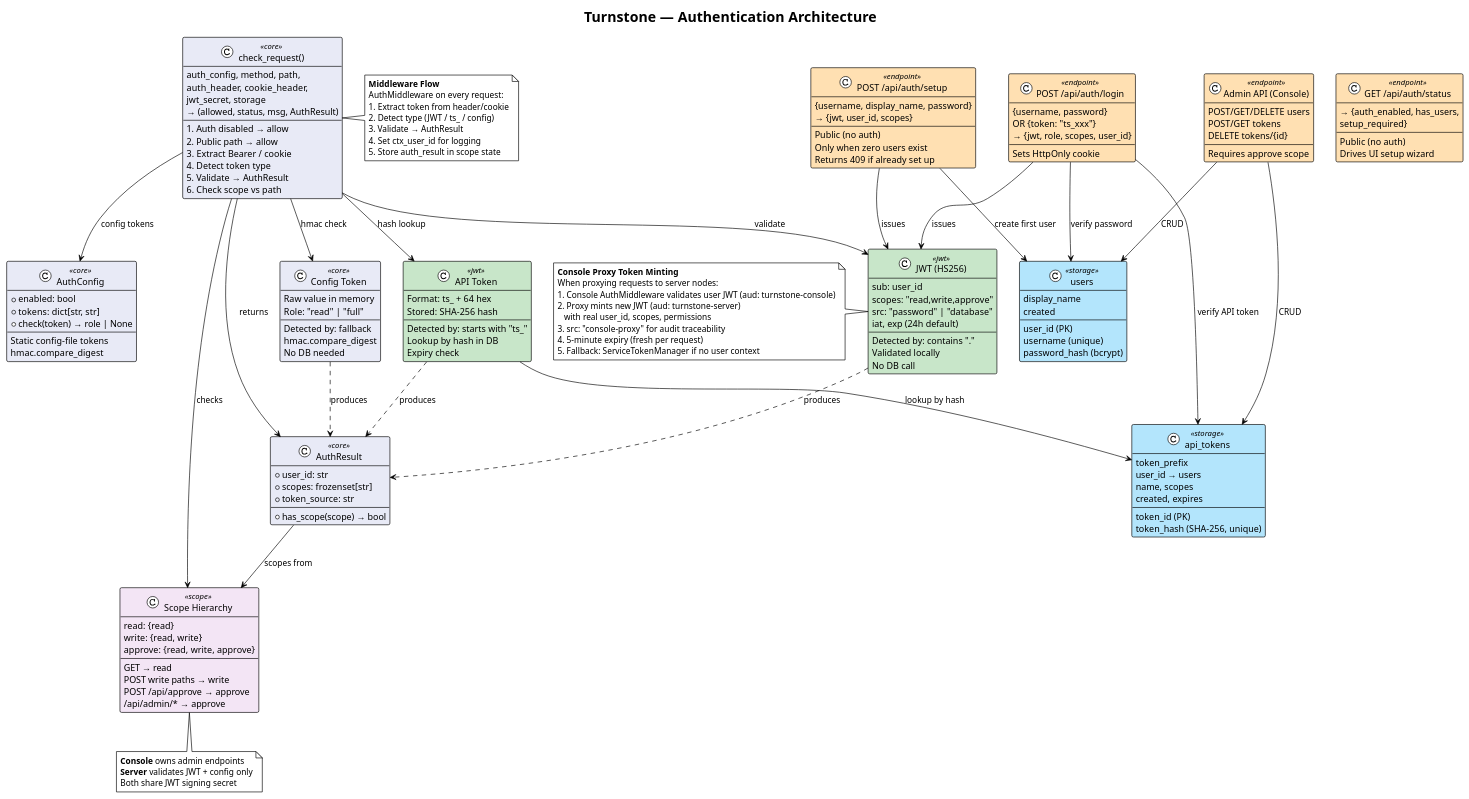
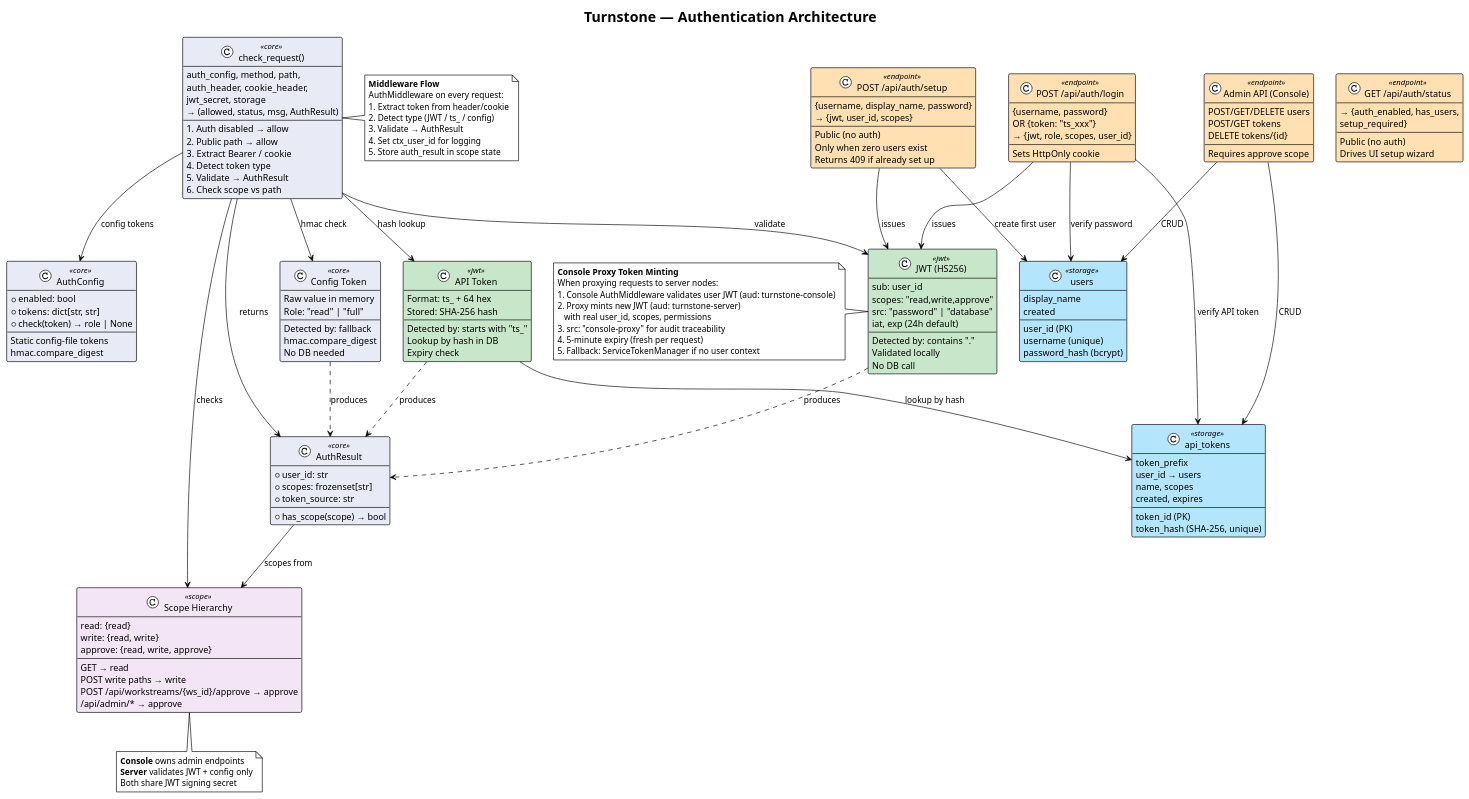
One commit to turnstonelabs/turnstone changed the diagram in docs/diagrams/15-auth-architecture.puml. Above: the diagram before and after it, drawn with PlantUML. The commit also changed 8 other files, not shown here.

```diff
--- a/docs/diagrams/15-auth-architecture.puml
+++ b/docs/diagrams/15-auth-architecture.puml
@@ -1,190 +1,190 @@
 @startuml
 !theme plain
 title Turnstone — Authentication Architecture
 
 skinparam class {
     BackgroundColor<<core>> #E8EAF6
     BackgroundColor<<jwt>> #C8E6C9
     BackgroundColor<<storage>> #B3E5FC
     BackgroundColor<<endpoint>> #FFE0B2
     BackgroundColor<<scope>> #F3E5F5
 }
 
 ' -- Core Auth --
 class "AuthConfig" as AC <<core>> {
     +enabled: bool
     +tokens: dict[str, str]
     +check(token) → role | None
     --
     Static config-file tokens
     hmac.compare_digest
 }
 
 class "AuthResult" as AR <<core>> {
     +user_id: str
     +scopes: frozenset[str]
     +token_source: str
     +has_scope(scope) → bool
 }
 
 class "check_request()" as CR <<core>> {
     auth_config, method, path,
     auth_header, cookie_header,
     jwt_secret, storage
     → (allowed, status, msg, AuthResult)
     --
     1. Auth disabled → allow
     2. Public path → allow
     3. Extract Bearer / cookie
     4. Detect token type
     5. Validate → AuthResult
     6. Check scope vs path
 }
 
 ' -- Token Types --
 class "JWT (HS256)" as JWT <<jwt>> {
     sub: user_id
     scopes: "read,write,approve"
     src: "password" | "database"
     iat, exp (24h default)
     --
     Detected by: contains "."
     Validated locally
     No DB call
 }
 
 class "API Token" as AT <<jwt>> {
     Format: ts_ + 64 hex
     Stored: SHA-256 hash
     --
     Detected by: starts with "ts_"
     Lookup by hash in DB
     Expiry check
 }
 
 class "Config Token" as CT <<core>> {
     Raw value in memory
     Role: "read" | "full"
     --
     Detected by: fallback
     hmac.compare_digest
     No DB needed
 }
 
 ' -- Scopes --
 class "Scope Hierarchy" as SH <<scope>> {
     read: {read}
     write: {read, write}
     approve: {read, write, approve}
     --
     GET → read
     POST write paths → write
-    POST /api/approve → approve
+    POST /api/workstreams/{ws_id}/approve → approve
     /api/admin/* → approve
 }
 
 ' -- Storage --
 class "users" as UT <<storage>> {
     user_id (PK)
     username (unique)
     display_name
     password_hash (bcrypt)
     created
 }
 
 class "api_tokens" as TT <<storage>> {
     token_id (PK)
     token_hash (SHA-256, unique)
     token_prefix
     user_id → users
     name, scopes
     created, expires
 }
 
 ' -- Endpoints --
 class "POST /api/auth/login" as Login <<endpoint>> {
     {username, password}
     OR {token: "ts_xxx"}
     → {jwt, role, scopes, user_id}
     --
     Sets HttpOnly cookie
 }
 
 class "GET /api/auth/status" as Status <<endpoint>> {
     → {auth_enabled, has_users,
        setup_required}
     --
     Public (no auth)
     Drives UI setup wizard
 }
 
 class "POST /api/auth/setup" as Setup <<endpoint>> {
     {username, display_name, password}
     → {jwt, user_id, scopes}
     --
     Public (no auth)
     Only when zero users exist
     Returns 409 if already set up
 }
 
 class "Admin API (Console)" as Admin <<endpoint>> {
     POST/GET/DELETE users
     POST/GET tokens
     DELETE tokens/{id}
     --
     Requires approve scope
 }
 
 ' -- Relationships --
 CR --> AC : config tokens
 CR --> JWT : validate
 CR --> AT : hash lookup
 CR --> CT : hmac check
 CR --> AR : returns
 CR --> SH : checks
 
 Login --> JWT : issues
 Login --> UT : verify password
 Login --> TT : verify API token
 
 Setup --> UT : create first user
 Setup --> JWT : issues
 
 AT --> TT : lookup by hash
 Admin --> UT : CRUD
 Admin --> TT : CRUD
 
 AR --> SH : scopes from
 
 JWT ..> AR : produces
 AT ..> AR : produces
 CT ..> AR : produces
 
 note right of CR
   **Middleware Flow**
   AuthMiddleware on every request:
   1. Extract token from header/cookie
   2. Detect type (JWT / ts_ / config)
   3. Validate → AuthResult
   4. Set ctx_user_id for logging
   5. Store auth_result in scope state
 end note
 
 note bottom of SH
   **Console** owns admin endpoints
   **Server** validates JWT + config only
   Both share JWT signing secret
 end note
 
 note left of JWT
   **Console Proxy Token Minting**
   When proxying requests to server nodes:
   1. Console AuthMiddleware validates user JWT (aud: turnstone-console)
   2. Proxy mints new JWT (aud: turnstone-server)
      with real user_id, scopes, permissions
   3. src: "console-proxy" for audit traceability
   4. 5-minute expiry (fresh per request)
   5. Fallback: ServiceTokenManager if no user context
 end note
 
 @enduml
```
